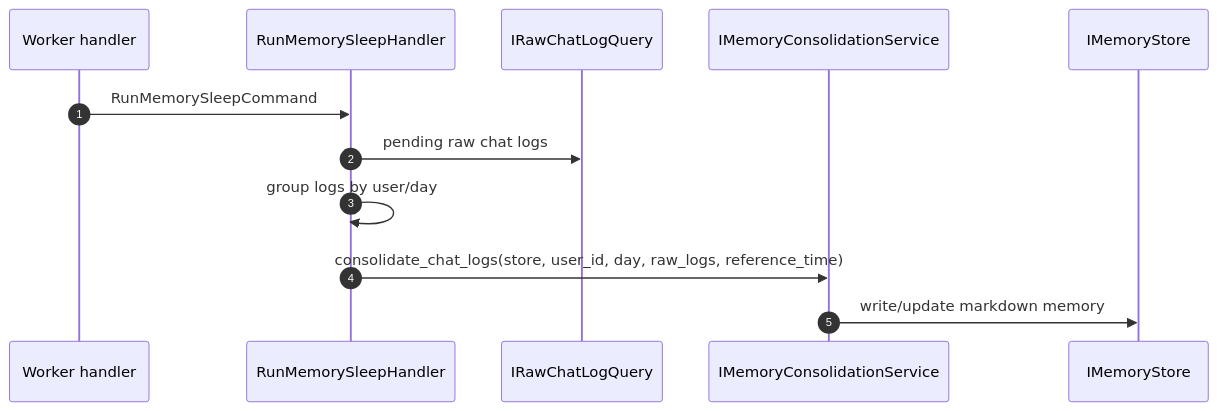
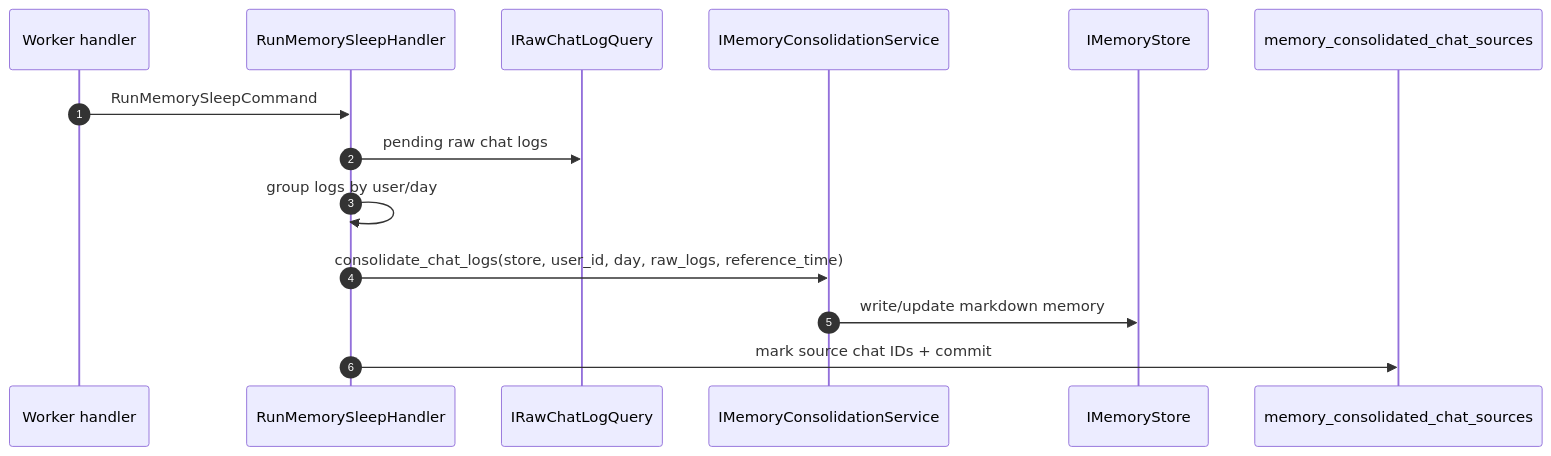
One commit to aiagate/agentic-chat-foundation changed the diagram in docs/infrastructure/memory-write-flow.md. Above: the diagram before and after it, drawn with Mermaid. The commit also changed other lines of this file and 120 other files, not shown here.

````diff
--- a/docs/infrastructure/memory-write-flow.md
+++ b/docs/infrastructure/memory-write-flow.md
@@ -16,15 +16,17 @@
 ```mermaid
 sequenceDiagram
     autonumber
     participant Worker as Worker handler
     participant UC as RunMemorySleepHandler
     participant Raw as IRawChatLogQuery
     participant Service as IMemoryConsolidationService
     participant Store as IMemoryStore
+    participant Projection as memory_consolidated_chat_sources
 
     Worker->>UC: RunMemorySleepCommand
     UC->>Raw: pending raw chat logs
     UC->>UC: group logs by user/day
     UC->>Service: consolidate_chat_logs(store, user_id, day, raw_logs, reference_time)
     Service->>Store: write/update markdown memory
+    UC->>Projection: mark source chat IDs + commit
 ```
````
